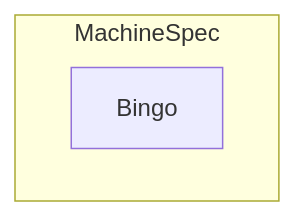
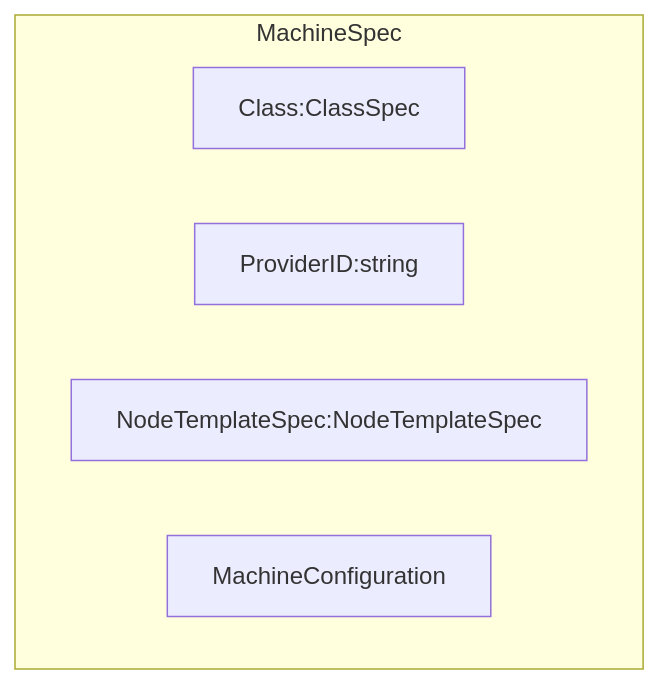
Before and after one commit to elankath/mcmdesign: the second of 2 diagrams in src/mcm_facilities.md, drawn with Mermaid. The commit also changed other lines of this file and 11 other files, not shown here.

````diff
--- a/src/mcm_facilities.md
+++ b/src/mcm_facilities.md
@@ -92,7 +92,9 @@
 ```mermaid
 graph TB
     subgraph MachineSpec
-        Bingo
-
+	Class:ClassSpec
+	ProviderID:string
+	NodeTemplateSpec:NodeTemplateSpec
+	MachineConfiguration
     end
 ```
````
